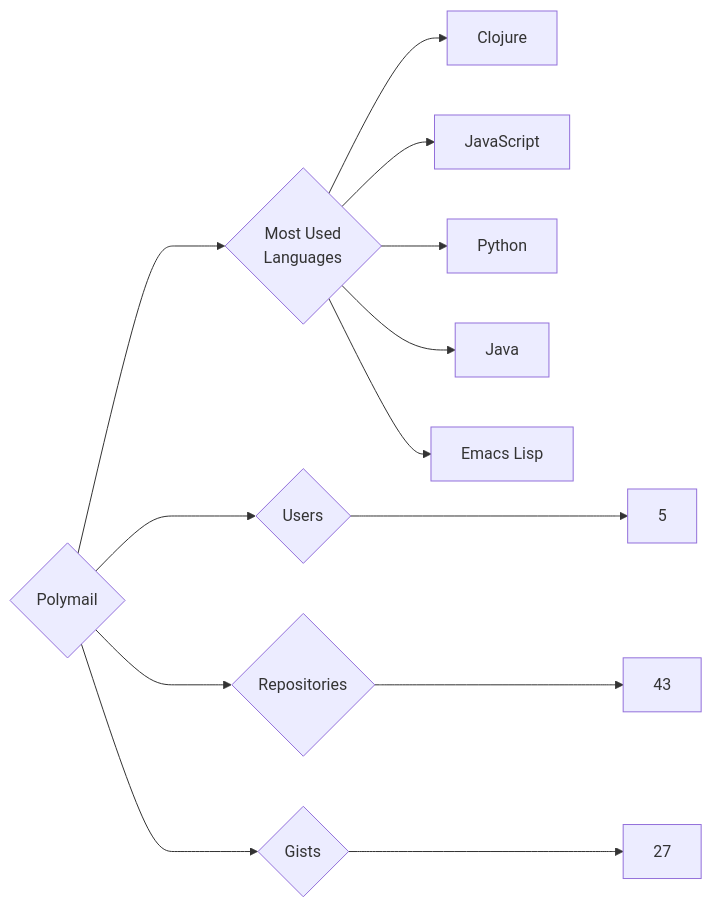
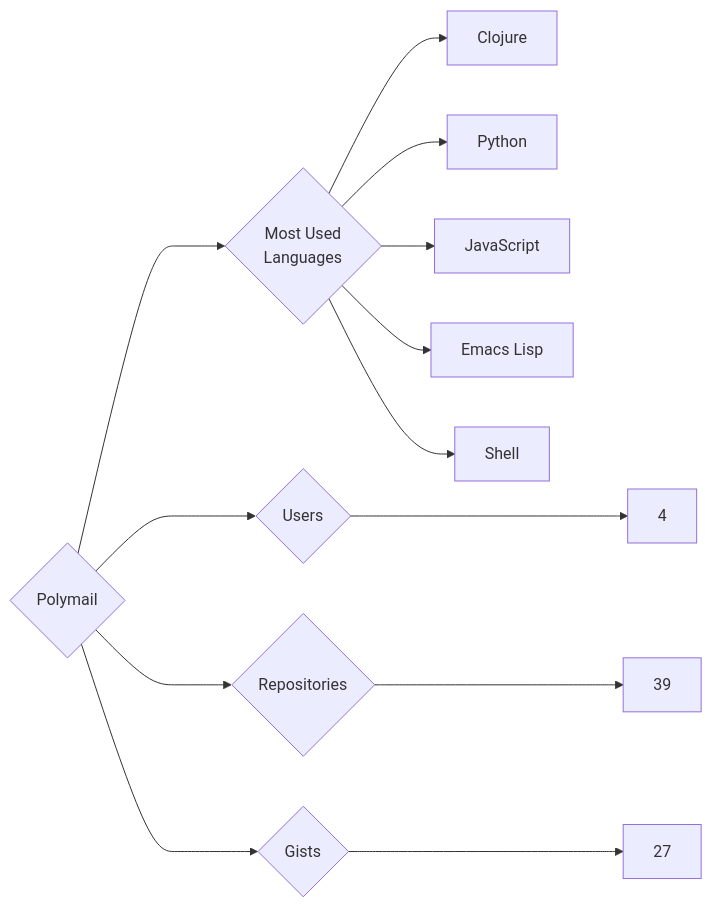
The diagram in targets/Polymail/README.md (trickest/insiders), drawn with Mermaid before and after one commit. The commit also changed 1508 other files, not shown here.

````diff
--- a/targets/Polymail/README.md
+++ b/targets/Polymail/README.md
@@ -3,13 +3,13 @@
 ```mermaid
 graph LR
 COMPANY_NAME{Polymail}
-COMPANY_NAME ---> U{Users} ---> UN[5]
-COMPANY_NAME ---> R{Repositories} ---> RN[43]
+COMPANY_NAME ---> U{Users} ---> UN[4]
+COMPANY_NAME ---> R{Repositories} ---> RN[39]
 COMPANY_NAME ---> G{Gists} ---> GN[27]
 COMPANY_NAME ---> ML{Most Used<br>Languages}
 ML --> Clojure[Clojure]
+ML --> Python[Python]
 ML --> JavaScript[JavaScript]
-ML --> Python[Python]
-ML --> Java[Java]
 ML --> Emacs_Lisp[Emacs Lisp]
+ML --> Shell[Shell]
 ```
````
